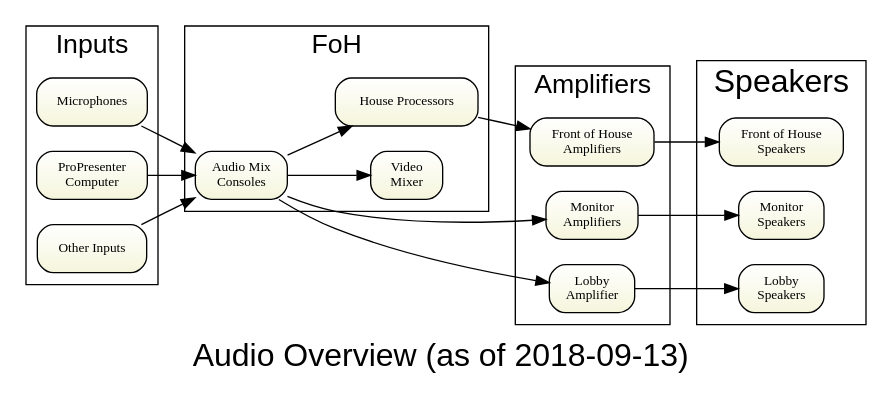
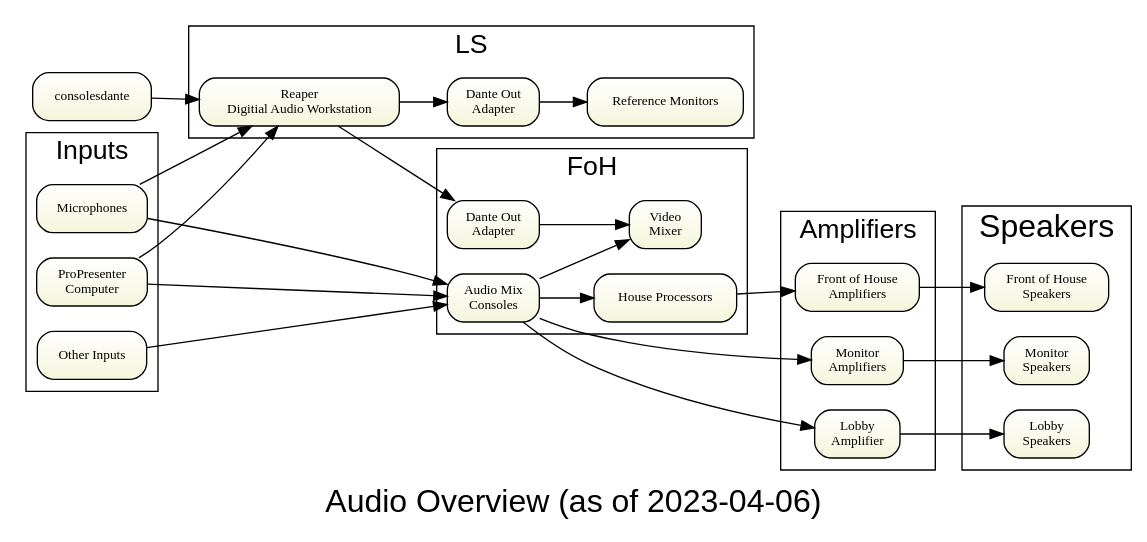
The diagram in sda-overview.gv (avmaint/uactechdoc), drawn with Graphviz before and after one commit. The commit also changed 3 other files, not shown here.

```diff
--- a/sda-overview.gv
+++ b/sda-overview.gv
@@ -1,53 +1,70 @@
 digraph overview { 
+
 graph [overlap = true, fontsize = 24, rankdir=LR 
-      label="Audio Overview (as of 2018-09-13)", 
+      label="Audio Overview (as of 2023-04-06)", 
       fontname = Helvetica]
 
 node [shape=Mrecord, tooltip="" , fontsize = 10, 
       fillcolor="white:beige" , style=filled  
       gradientangle=270]
 
 mics [label="Microphones"]
 ppcomputer [label="ProPresenter\nComputer"]
 otherinputs [label="Other Inputs"]
 
 mics        -> consoles
 ppcomputer  -> consoles  
 otherinputs -> consoles
 
 consoles  -> videomixer
 
 subgraph cluster_foh {label="FoH"   fontsize = 20
-  consoles [label="Audio Mix\nConsoles"]
-  dsp [label="House Processors"]
-  videomixer [label="Video\nMixer"]
+  consoles			[label="Audio Mix\nConsoles"]
+  dsp				[label="House Processors"]
+  videomixer		[label="Video\nMixer"]
+  videomixeravio	[label="Dante Out\nAdapter"]
 }
+videomixeravio -> videomixer
+
+subgraph cluster_livestream  {label="LS"   fontsize = 20
+  daw			[label="Reaper\nDigitial Audio Workstation"]
+  refmon		[label="Reference Monitors "]
+  refmonavio	[label="Dante Out\nAdapter"]
+ }
+
+mics		-> daw
+daw 		-> refmonavio
+refmonavio	-> refmon
+daw			-> videomixeravio
+ppcomputer	-> daw
 
 subgraph cluster_inputs {label="Inputs" fontsize = 20
 mics
 ppcomputer
 otherinputs
 }
 
 subgraph cluster_amps { label="Amplifiers" fontsize = 20
-  houseamp [label="Front of House\nAmplifiers"]
-  monitoramp [label="Monitor\nAmplifiers"]  
-  lobbyamp [label="Lobby\nAmplifier"]
+  houseamp		[label="Front of House\nAmplifiers"]
+  monitoramp	[label="Monitor\nAmplifiers"]  
+  lobbyamp		[label="Lobby\nAmplifier"]
 }
 
 subgraph cluster_spkrs {label="Speakers"
-  monitorspeakers [label="Monitor\nSpeakers"] 
-  lobbyspeakers [label="Lobby\nSpeakers"]
-  housespeakers [label="Front of House\nSpeakers"]
+  monitorspeakers	[label="Monitor\nSpeakers"] 
+  lobbyspeakers 	[label="Lobby\nSpeakers"]
+  housespeakers 	[label="Front of House\nSpeakers"]
 }
  
 consoles  -> dsp  
+consolesdante	-> daw
+
 dsp  -> houseamp 
 houseamp -> housespeakers  
 
 consoles    -> lobbyamp
 lobbyamp    -> lobbyspeakers
 
 consoles  -> monitoramp 
 monitoramp  -> monitorspeakers 
 } 
```
